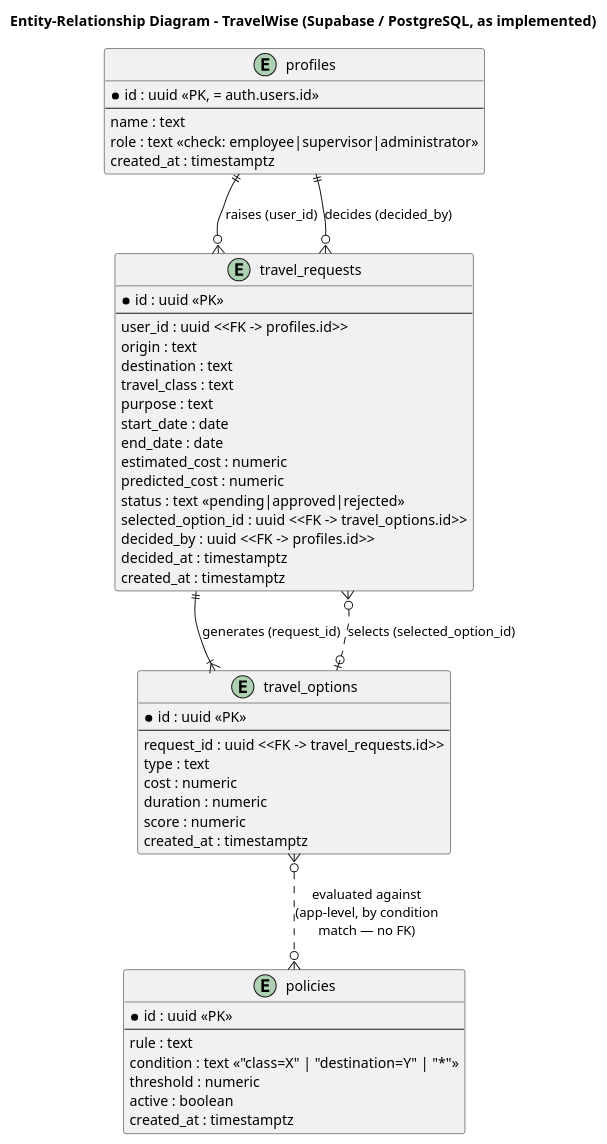
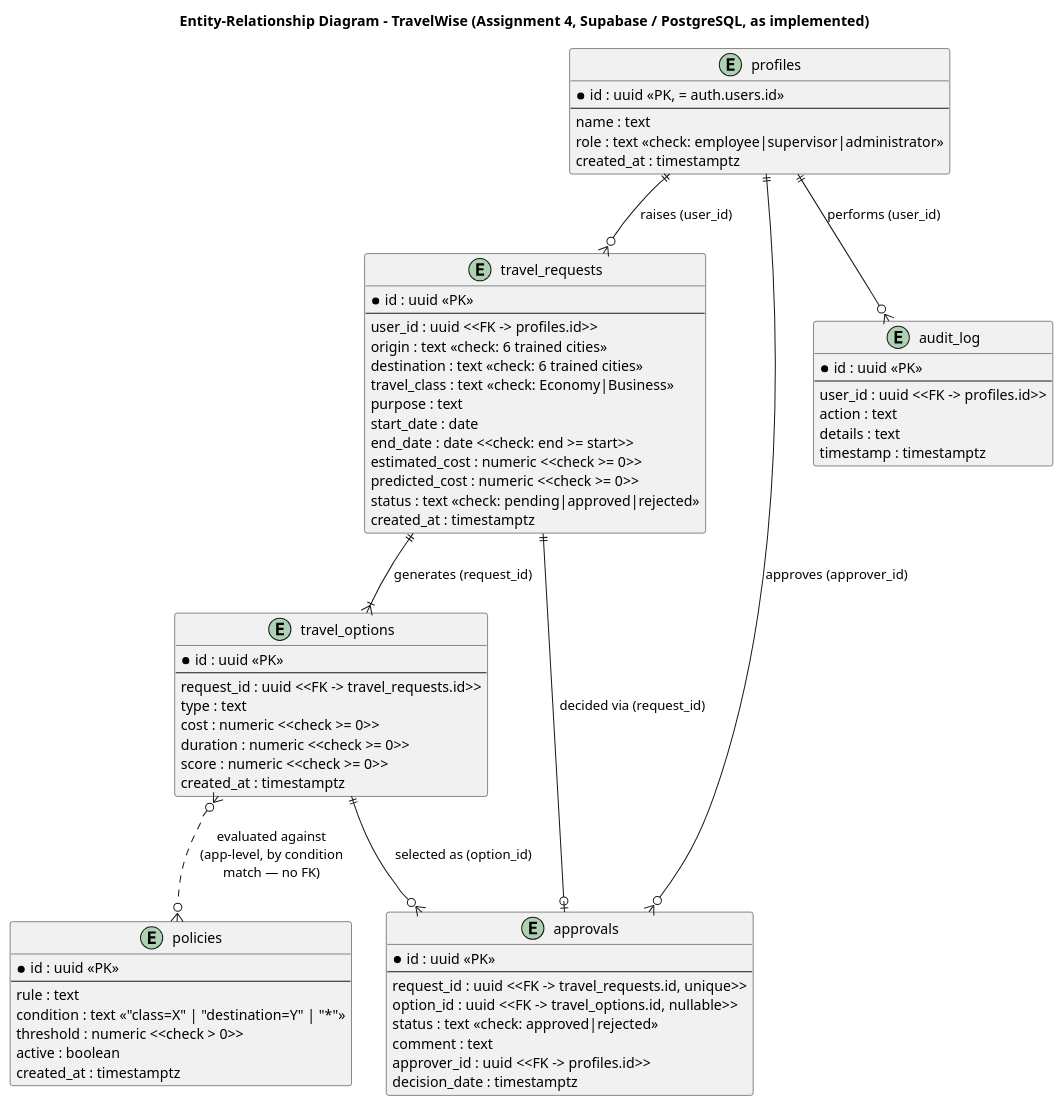
The diagram in Assignments/tools/diagrams/er.puml (KeamogetseM/travelwise), drawn with PlantUML before and after one commit. The commit also changed 8 other files, not shown here.

First line of the commit message:
Add Assignment 4 report and update diagrams to current reality

```diff
--- a/Assignments/tools/diagrams/er.puml
+++ b/Assignments/tools/diagrams/er.puml
@@ -1,58 +1,77 @@
 @startuml
-title Entity-Relationship Diagram - TravelWise (Supabase / PostgreSQL, as implemented)
+title Entity-Relationship Diagram - TravelWise (Assignment 4, Supabase / PostgreSQL, as implemented)
 
 entity "profiles" as profiles {
   * id : uuid <<PK, = auth.users.id>>
   --
   name : text
   role : text <<check: employee|supervisor|administrator>>
   created_at : timestamptz
 }
 
 entity "travel_requests" as requests {
   * id : uuid <<PK>>
   --
   user_id : uuid <<FK -> profiles.id>>
-  origin : text
-  destination : text
-  travel_class : text
+  origin : text <<check: 6 trained cities>>
+  destination : text <<check: 6 trained cities>>
+  travel_class : text <<check: Economy|Business>>
   purpose : text
   start_date : date
-  end_date : date
-  estimated_cost : numeric
-  predicted_cost : numeric
-  status : text <<pending|approved|rejected>>
-  selected_option_id : uuid <<FK -> travel_options.id>>
-  decided_by : uuid <<FK -> profiles.id>>
-  decided_at : timestamptz
+  end_date : date <<check: end >= start>>
+  estimated_cost : numeric <<check >= 0>>
+  predicted_cost : numeric <<check >= 0>>
+  status : text <<check: pending|approved|rejected>>
   created_at : timestamptz
 }
 
 entity "travel_options" as options {
   * id : uuid <<PK>>
   --
   request_id : uuid <<FK -> travel_requests.id>>
   type : text
-  cost : numeric
-  duration : numeric
-  score : numeric
+  cost : numeric <<check >= 0>>
+  duration : numeric <<check >= 0>>
+  score : numeric <<check >= 0>>
   created_at : timestamptz
 }
 
 entity "policies" as policies {
   * id : uuid <<PK>>
   --
   rule : text
   condition : text <<"class=X" | "destination=Y" | "*">>
-  threshold : numeric
+  threshold : numeric <<check > 0>>
   active : boolean
   created_at : timestamptz
 }
 
+entity "approvals" as approvals {
+  * id : uuid <<PK>>
+  --
+  request_id : uuid <<FK -> travel_requests.id, unique>>
+  option_id : uuid <<FK -> travel_options.id, nullable>>
+  status : text <<check: approved|rejected>>
+  comment : text
+  approver_id : uuid <<FK -> profiles.id>>
+  decision_date : timestamptz
+}
+
+entity "audit_log" as audit {
+  * id : uuid <<PK>>
+  --
+  user_id : uuid <<FK -> profiles.id>>
+  action : text
+  details : text
+  timestamp : timestamptz
+}
+
 profiles ||--o{ requests : "raises (user_id)"
-profiles ||--o{ requests : "decides (decided_by)"
 requests ||--|{ options : "generates (request_id)"
-requests }o..o| options : "selects (selected_option_id)"
+requests ||--o| approvals : "decided via (request_id)"
+options ||--o{ approvals : "selected as (option_id)"
+profiles ||--o{ approvals : "approves (approver_id)"
+profiles ||--o{ audit : "performs (user_id)"
 options }o..o{ policies : "evaluated against\n(app-level, by condition\nmatch — no FK)"
 
 @enduml
```
